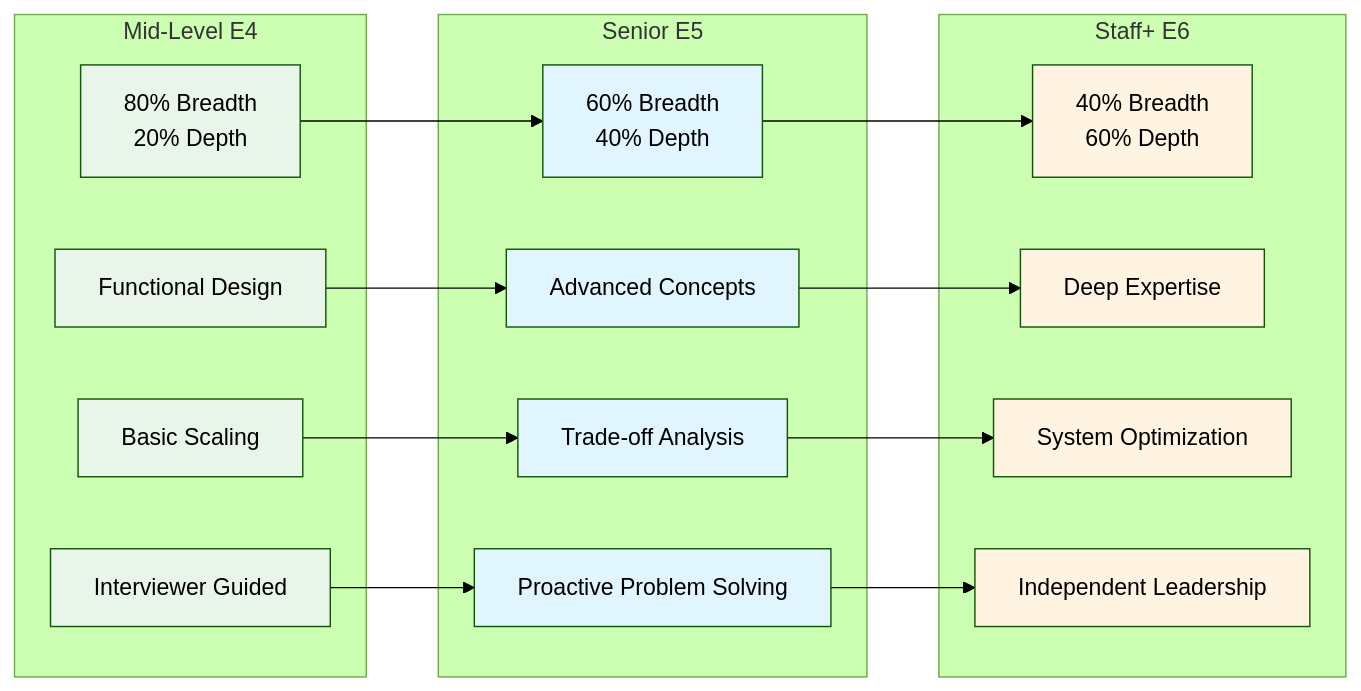
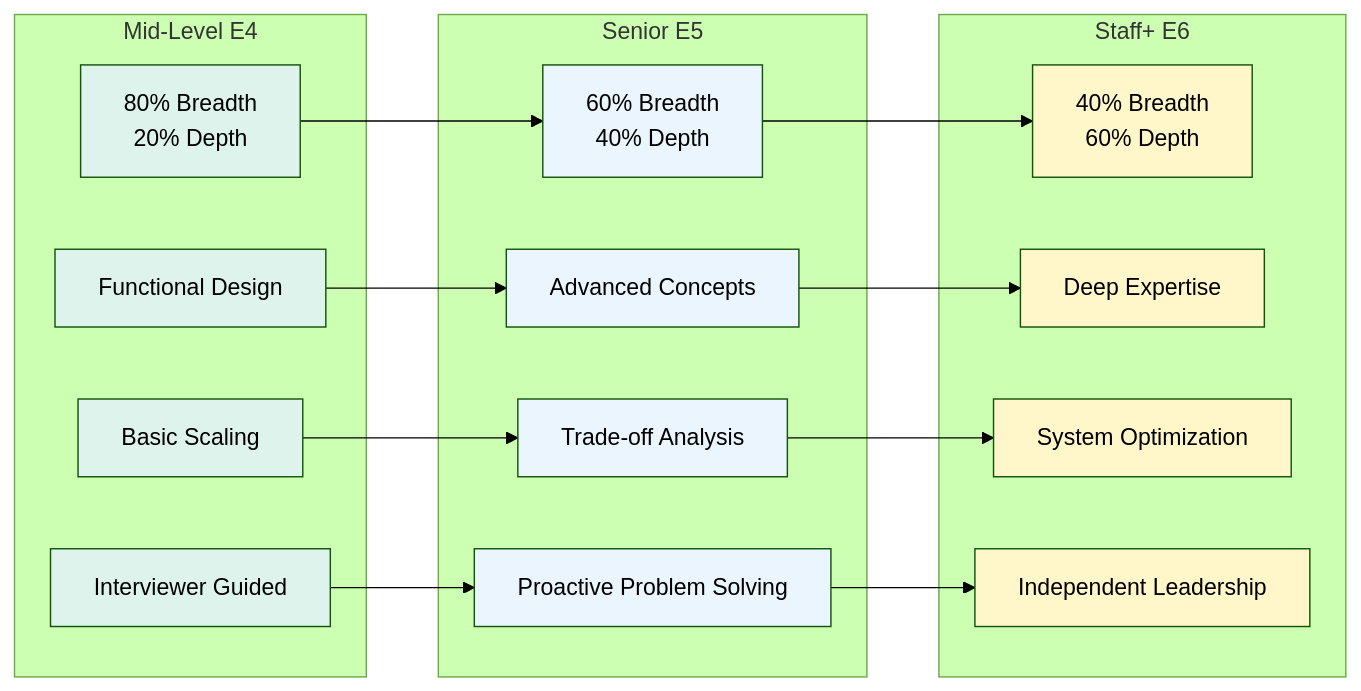
Diagram 19 of 22 in LLD/questions/Design Whatsapp.md (cartmancodes/InterviewVault), drawn with Mermaid (forest theme) before and after one commit. The commit also changed other lines of this file and 679 other files, not shown here.

Commit message:
Unify content diagrams and add accessible visual walkthroughs

````diff
--- a/LLD/questions/Design Whatsapp.md
+++ b/LLD/questions/Design Whatsapp.md
@@ -994,48 +994,48 @@
 ```mermaid
 graph LR
     subgraph "Mid-Level E4"
         M1[80% Breadth<br/>20% Depth]
         M2[Functional Design]
         M3[Basic Scaling]
         M4[Interviewer Guided]
     end
     
     subgraph "Senior E5"
         S1[60% Breadth<br/>40% Depth]
         S2[Advanced Concepts]
         S3[Trade-off Analysis]
         S4[Proactive Problem Solving]
     end
     
     subgraph "Staff+ E6"
         ST1[40% Breadth<br/>60% Depth]
         ST2[Deep Expertise]
         ST3[System Optimization]
         ST4[Independent Leadership]
     end
     
     M1 --> S1
     M2 --> S2
     M3 --> S3
     M4 --> S4
     
     S1 --> ST1
     S2 --> ST2
     S3 --> ST3
     S4 --> ST4
     
-    style M1 fill:#e8f5e9
-    style M2 fill:#e8f5e9
-    style M3 fill:#e8f5e9
-    style M4 fill:#e8f5e9
+    style M1 fill:#DDF3EC
+    style M2 fill:#DDF3EC
+    style M3 fill:#DDF3EC
+    style M4 fill:#DDF3EC
     
-    style S1 fill:#e1f5ff
-    style S2 fill:#e1f5ff
-    style S3 fill:#e1f5ff
-    style S4 fill:#e1f5ff
+    style S1 fill:#EAF5FD
+    style S2 fill:#EAF5FD
+    style S3 fill:#EAF5FD
+    style S4 fill:#EAF5FD
     
-    style ST1 fill:#fff4e1
-    style ST2 fill:#fff4e1
-    style ST3 fill:#fff4e1
-    style ST4 fill:#fff4e1
+    style ST1 fill:#FFF6C9
+    style ST2 fill:#FFF6C9
+    style ST3 fill:#FFF6C9
+    style ST4 fill:#FFF6C9
 ```
````
